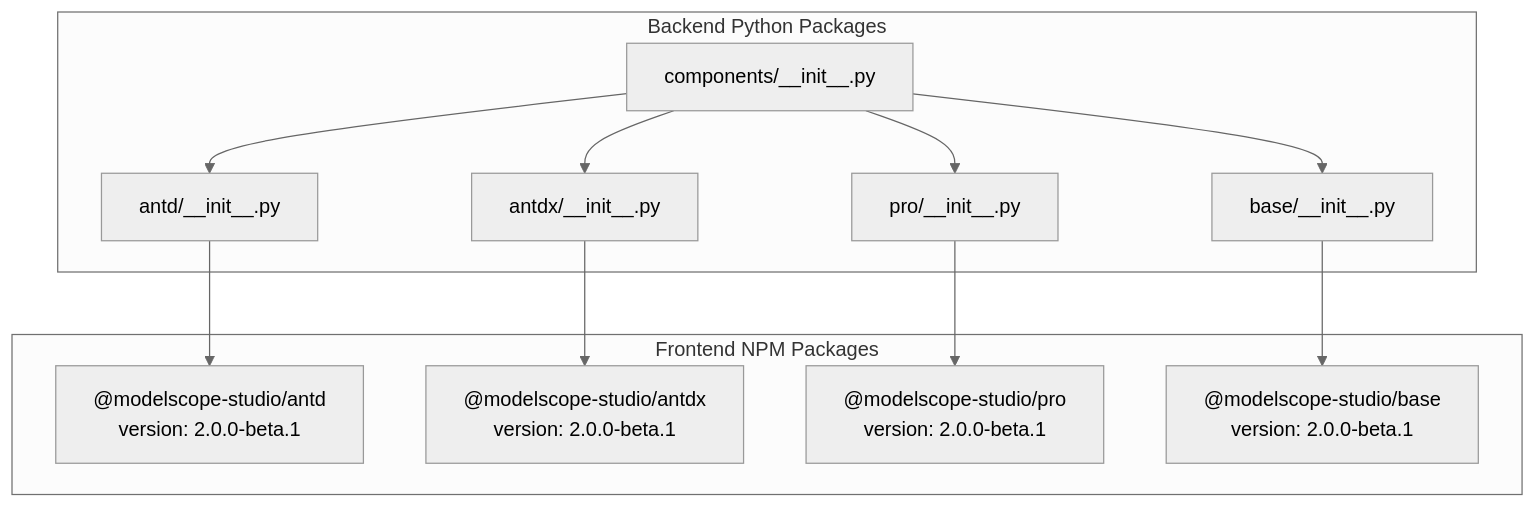
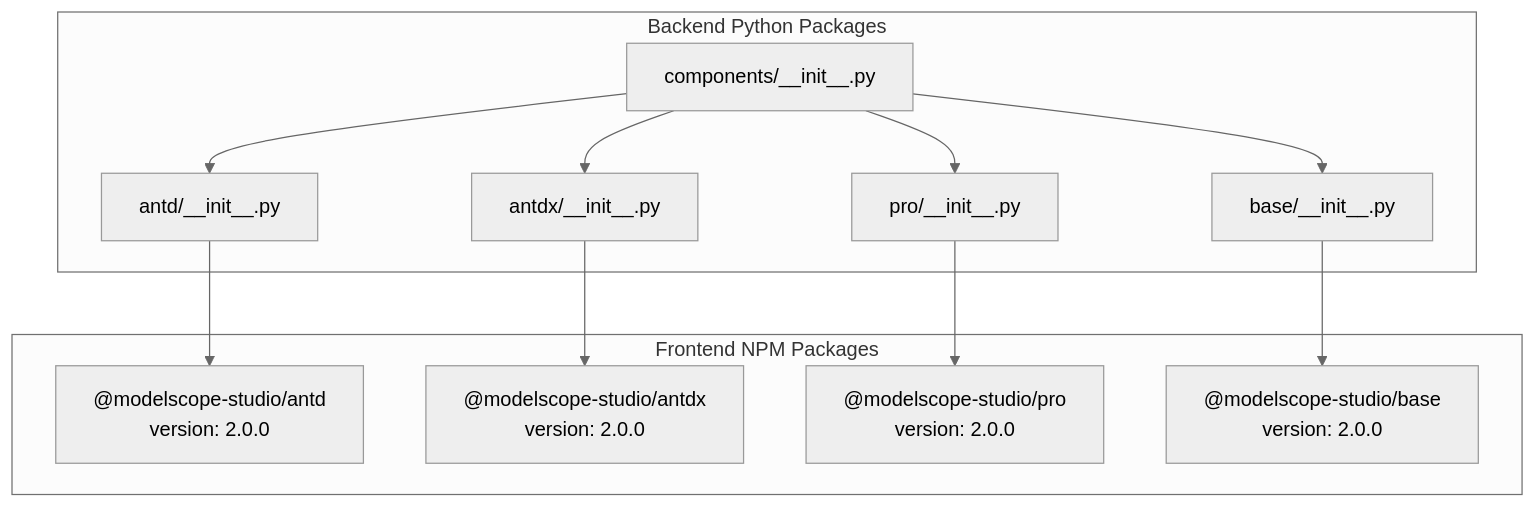
One commit to modelscope/modelscope-studio changed the first of 6 diagrams in .wiki/en/Ant Design X Components/Components Overview.md. Above: the diagram before and after it, drawn with Mermaid (neutral theme). The commit also changed other lines of this file and 19 other files, not shown here.

````diff
--- a/.wiki/en/Ant Design X Components/Components Overview.md
+++ b/.wiki/en/Ant Design X Components/Components Overview.md
@@ -59,24 +59,24 @@
 ```mermaid
 graph TB
 subgraph "Backend Python Packages"
 A_init["components/__init__.py"]
 A_antd["antd/__init__.py"]
 A_antdx["antdx/__init__.py"]
 A_pro["pro/__init__.py"]
 A_base["base/__init__.py"]
 end
 subgraph "Frontend NPM Packages"
-F_antd["@modelscope-studio/antd<br/>version: 2.0.0-beta.1"]
-F_antdx["@modelscope-studio/antdx<br/>version: 2.0.0-beta.1"]
-F_pro["@modelscope-studio/pro<br/>version: 2.0.0-beta.1"]
-F_base["@modelscope-studio/base<br/>version: 2.0.0-beta.1"]
+F_antd["@modelscope-studio/antd<br/>version: 2.0.0"]
+F_antdx["@modelscope-studio/antdx<br/>version: 2.0.0"]
+F_pro["@modelscope-studio/pro<br/>version: 2.0.0"]
+F_base["@modelscope-studio/base<br/>version: 2.0.0"]
 end
 A_init --> A_antd
 A_init --> A_antdx
 A_init --> A_pro
 A_init --> A_base
 A_antd --> F_antd
 A_antdx --> F_antdx
 A_pro --> F_pro
 A_base --> F_base
 ```
````
